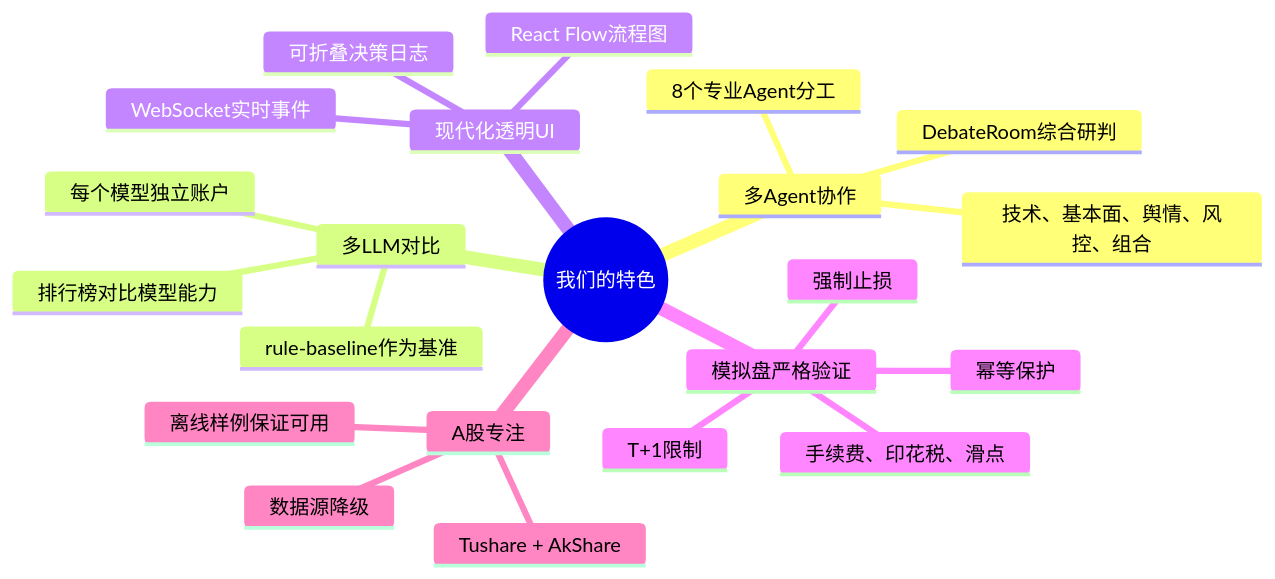
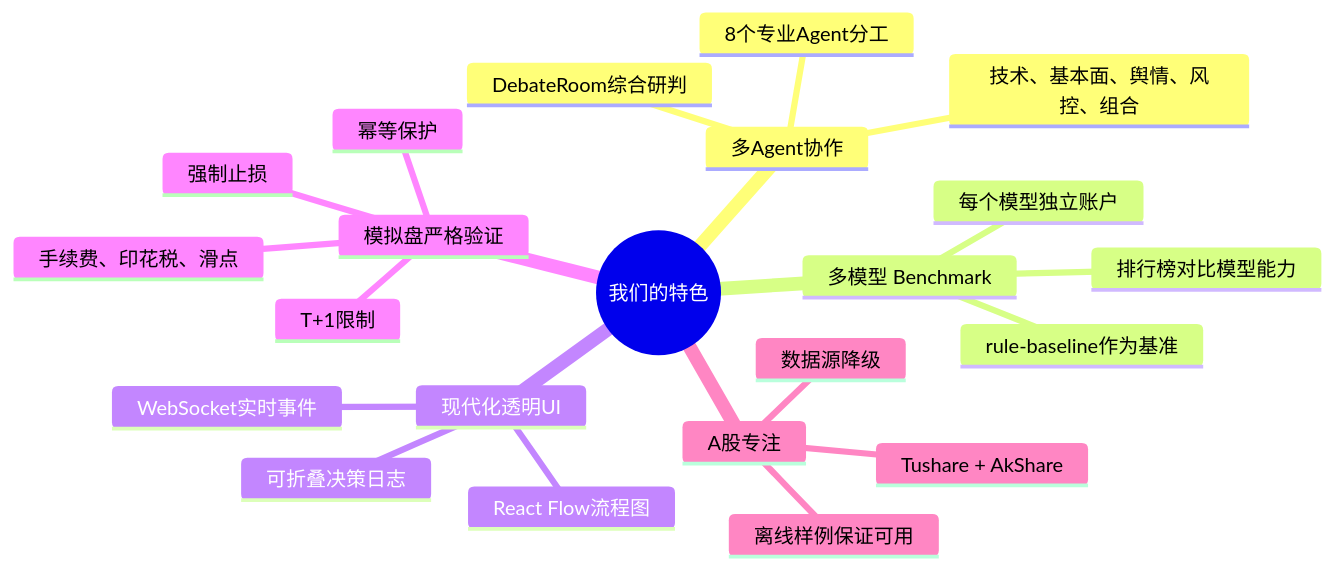
One commit to systemoutprintlnhelloworld/astock-agent-system changed the diagram in docs/technical/COMPARISON.md. Above: the diagram before and after it, drawn with Mermaid. The commit also changed other lines of this file and 16 other files, not shown here.

````diff
--- a/docs/technical/COMPARISON.md
+++ b/docs/technical/COMPARISON.md
@@ -316,25 +316,25 @@
 ```mermaid
 mindmap
   root((我们的特色))
     多Agent协作
       8个专业Agent分工
       技术、基本面、舆情、风控、组合
       DebateRoom综合研判
-    多LLM对比
+    多模型 Benchmark
       每个模型独立账户
       rule-baseline作为基准
       排行榜对比模型能力
     现代化透明UI
       React Flow流程图
       WebSocket实时事件
       可折叠决策日志
     模拟盘严格验证
       T+1限制
       手续费、印花税、滑点
       强制止损
       幂等保护
     A股专注
       Tushare + AkShare
       离线样例保证可用
       数据源降级
 ```
````
